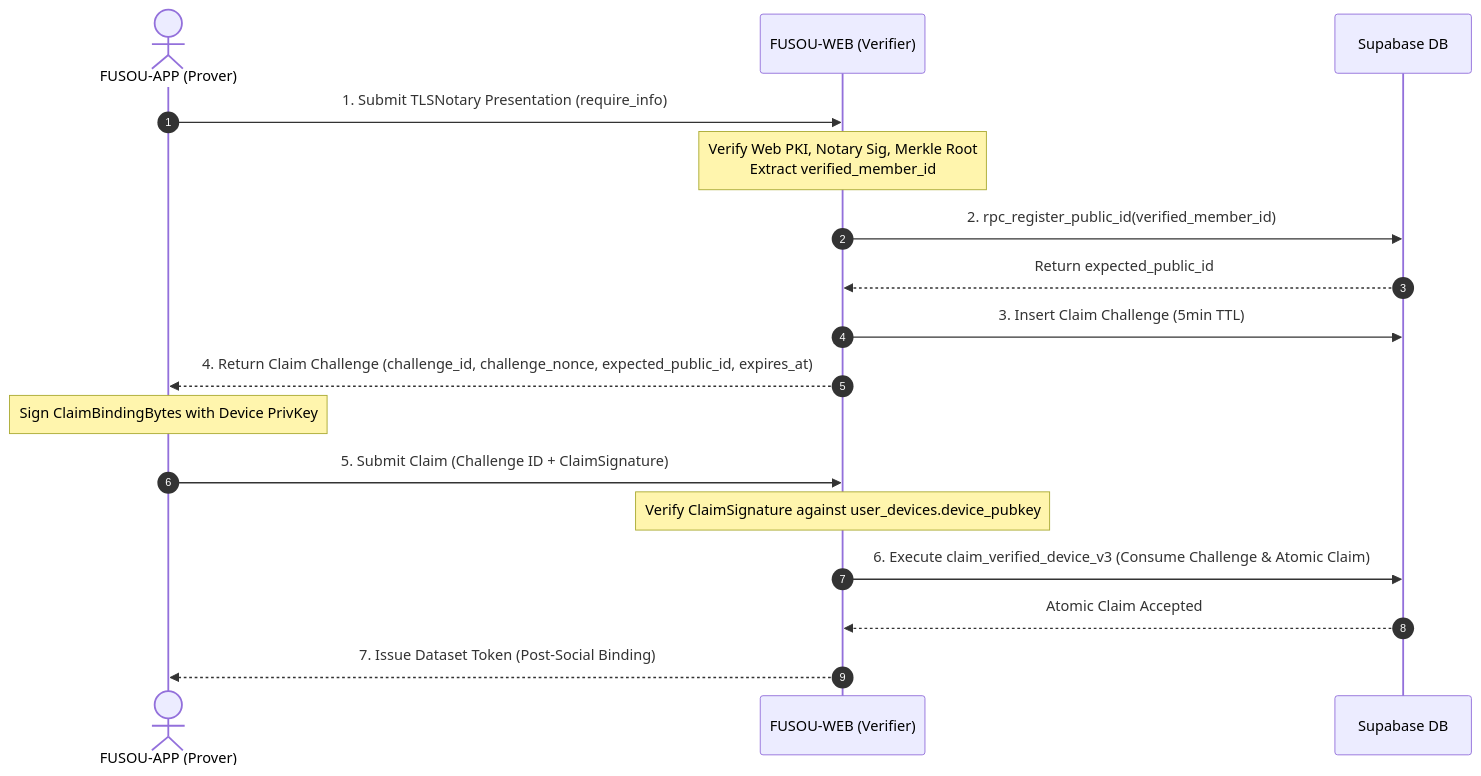
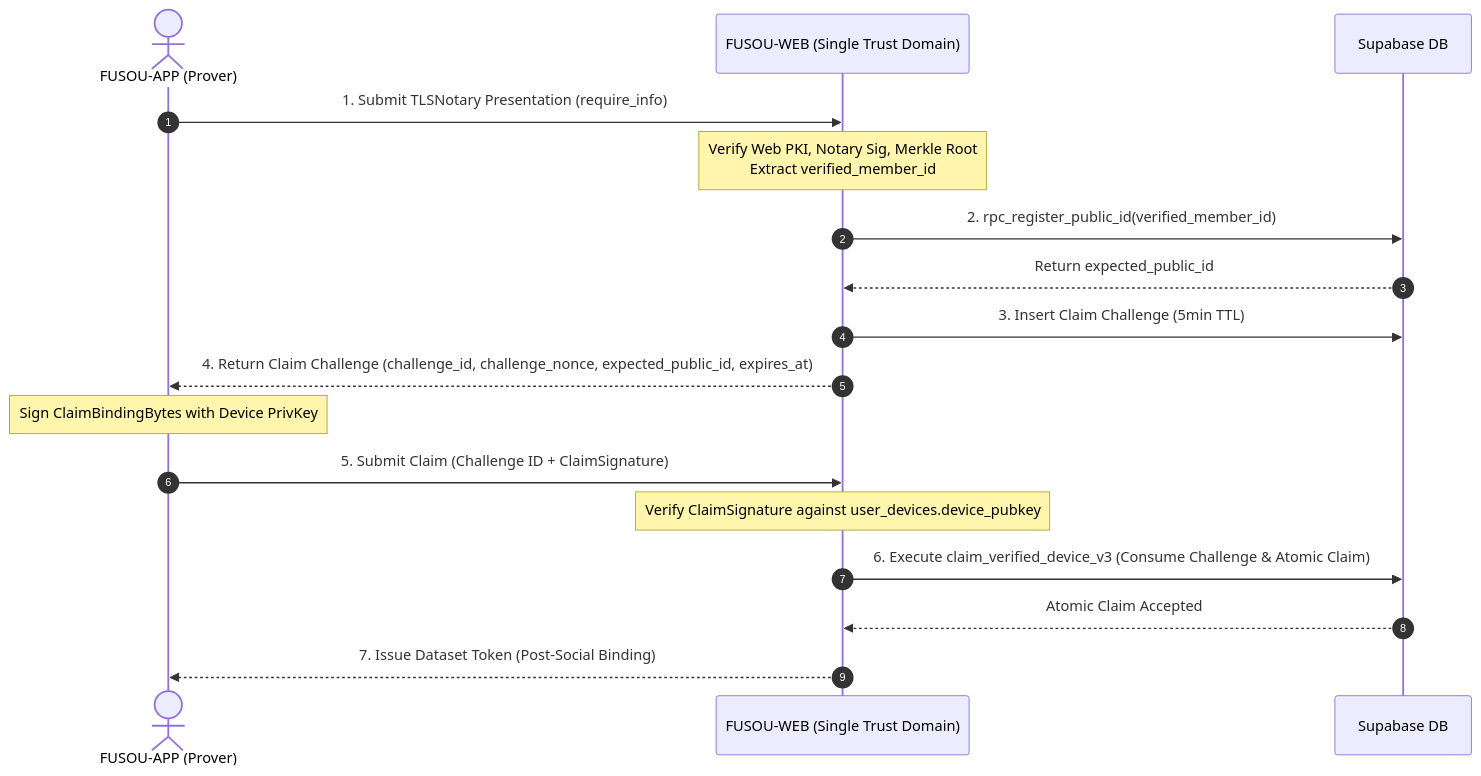
Before and after one commit to tsukasa-u/FUSOU: the second of 2 diagrams in docs/operations/member-id-preemptive-attack-and-recovery.md, drawn with Mermaid. The commit also changed other lines of this file and 1 other file, not shown here.

First line of the commit message:
docs(security): refine transcript_commitment binary specification, unify trust domain, and clarify attribution terminology

````diff
--- a/docs/operations/member-id-preemptive-attack-and-recovery.md
+++ b/docs/operations/member-id-preemptive-attack-and-recovery.md
@@ -227,20 +240,20 @@
 ```mermaid
 sequenceDiagram
     autonumber
     actor Client as FUSOU-APP (Prover)
-    participant Web as FUSOU-WEB (Verifier)
+    participant Web as FUSOU-WEB (Single Trust Domain)
     participant DB as Supabase DB
 
     Client->>Web: 1. Submit TLSNotary Presentation (require_info)
     Note over Web: Verify Web PKI, Notary Sig, Merkle Root<br/>Extract verified_member_id
     Web->>DB: 2. rpc_register_public_id(verified_member_id)
     DB-->>Web: Return expected_public_id
     Web->>DB: 3. Insert Claim Challenge (5min TTL)
     Web-->>Client: 4. Return Claim Challenge (challenge_id, challenge_nonce, expected_public_id, expires_at)
     Note over Client: Sign ClaimBindingBytes with Device PrivKey
     Client->>Web: 5. Submit Claim (Challenge ID + ClaimSignature)
     Note over Web: Verify ClaimSignature against user_devices.device_pubkey
     Web->>DB: 6. Execute claim_verified_device_v3 (Consume Challenge & Atomic Claim)
     DB-->>Web: Atomic Claim Accepted
     Web-->>Client: 7. Issue Dataset Token (Post-Social Binding)
 ```
````
